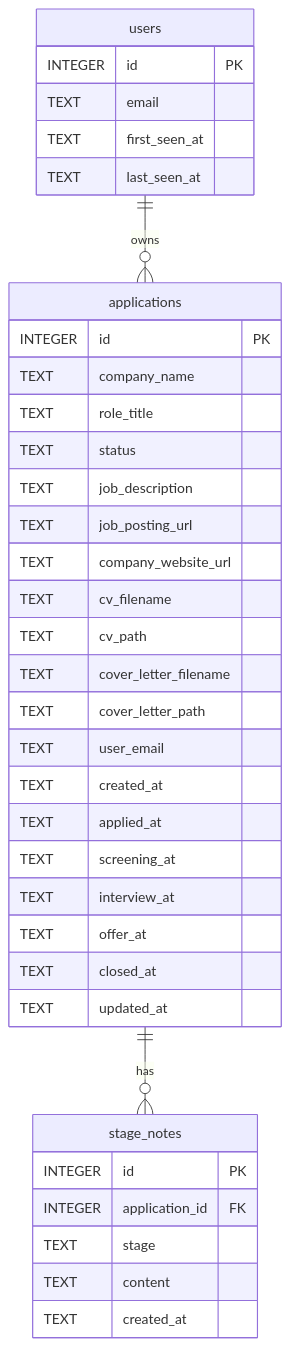
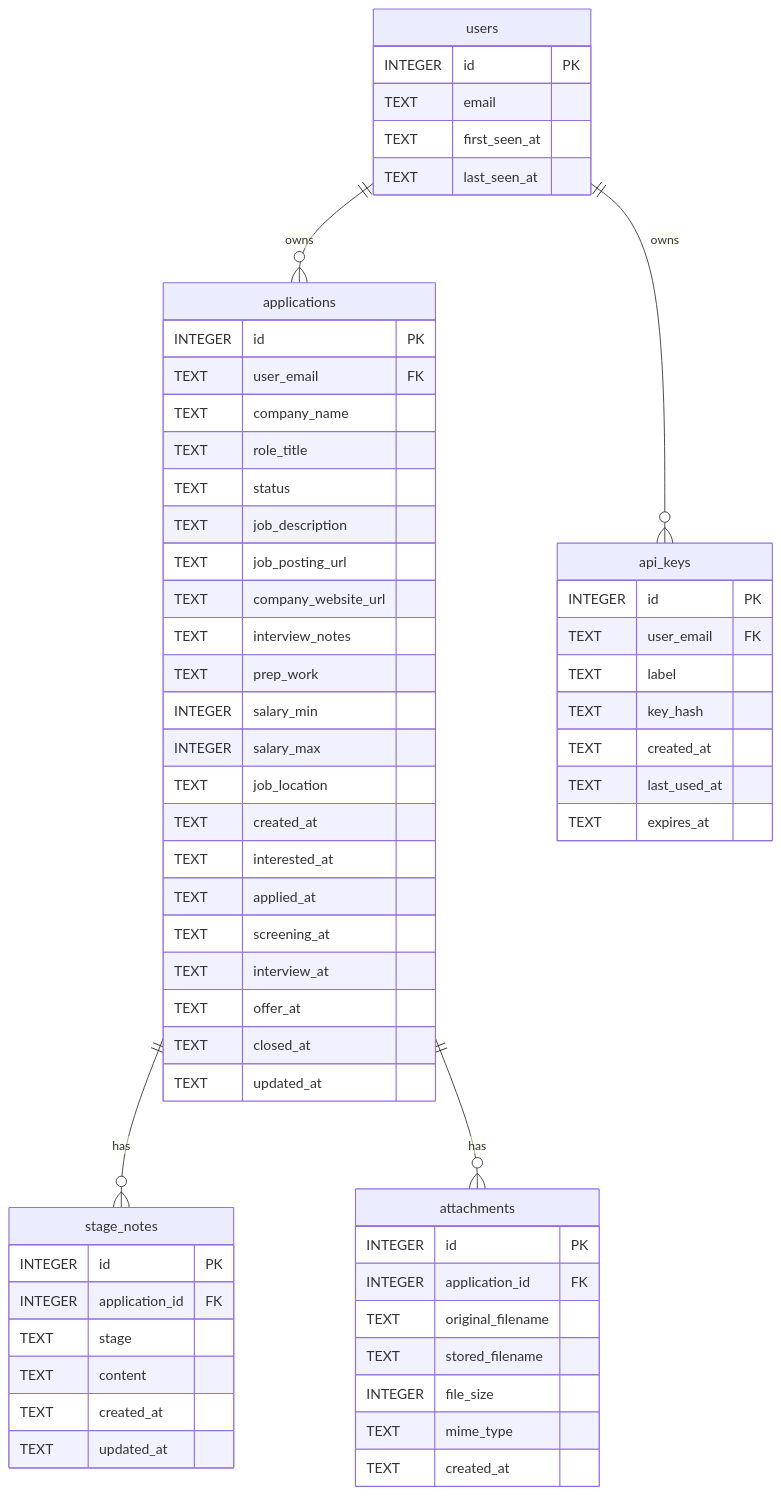
The fourth of 6 diagrams in ARCHITECTURE.md (fergus/job-tracker), drawn with Mermaid before and after one commit. The commit also changed other lines of this file and 2 other files, not shown here.

First line of the commit message:
docs: update for v0.9.x — SMB removal, API keys, current component names

````diff
--- a/ARCHITECTURE.md
+++ b/ARCHITECTURE.md
@@ -85,42 +85,67 @@
 ```mermaid
 erDiagram
     users {
         INTEGER id PK
         TEXT email
         TEXT first_seen_at
         TEXT last_seen_at
     }
 
     applications {
         INTEGER id PK
+        TEXT user_email FK
         TEXT company_name
         TEXT role_title
         TEXT status
         TEXT job_description
         TEXT job_posting_url
         TEXT company_website_url
-        TEXT cv_filename
-        TEXT cv_path
-        TEXT cover_letter_filename
-        TEXT cover_letter_path
-        TEXT user_email
+        TEXT interview_notes
+        TEXT prep_work
+        INTEGER salary_min
+        INTEGER salary_max
+        TEXT job_location
         TEXT created_at
+        TEXT interested_at
         TEXT applied_at
         TEXT screening_at
         TEXT interview_at
         TEXT offer_at
         TEXT closed_at
         TEXT updated_at
     }
 
     stage_notes {
         INTEGER id PK
         INTEGER application_id FK
         TEXT stage
         TEXT content
         TEXT created_at
+        TEXT updated_at
+    }
+
+    attachments {
+        INTEGER id PK
+        INTEGER application_id FK
+        TEXT original_filename
+        TEXT stored_filename
+        INTEGER file_size
+        TEXT mime_type
+        TEXT created_at
+    }
+
+    api_keys {
+        INTEGER id PK
+        TEXT user_email FK
+        TEXT label
+        TEXT key_hash
+        TEXT created_at
+        TEXT last_used_at
+        TEXT expires_at
     }
 
     users ||--o{ applications : "owns"
+    users ||--o{ api_keys : "owns"
     applications ||--o{ stage_notes : "has"
+    applications ||--o{ attachments : "has"
 ```
````
